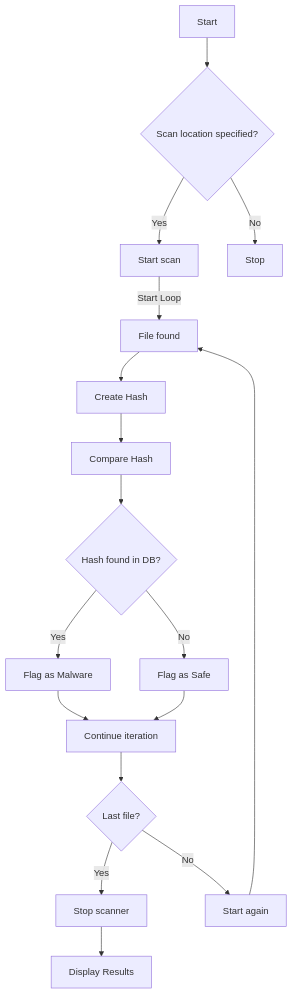
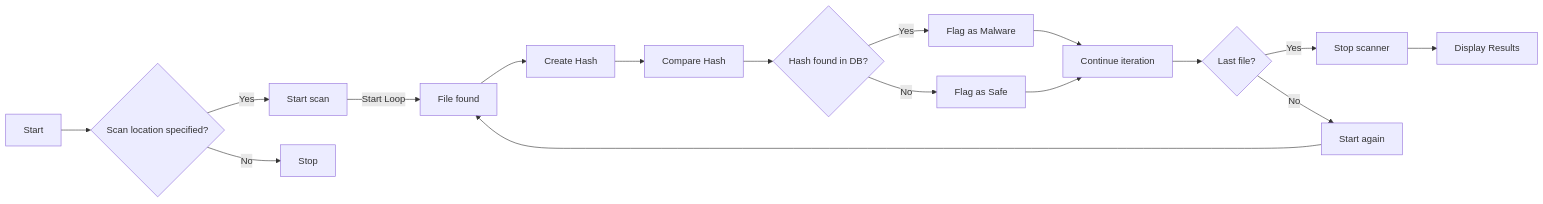
One commit to Raspirus/docs changed the first of 2 diagrams in docs/en/developers.md. Above: the diagram before and after it, drawn with Mermaid. The commit also changed other lines of this file and 2 other files, not shown here.

Commit message:
Adding graph and fix

````diff
--- a/docs/en/developers.md
+++ b/docs/en/developers.md
@@ -5,18 +5,18 @@
 ``` mermaid
-graph TB
+graph LR
      A[Start] --> B{Scan location specified?};
      B --> |Yes| C[Start scan];
      C --> |Start Loop| D[File found];
      D --> E[Create Hash];
      E --> F[Compare Hash];
      F --> G{Hash found in DB?};
      G --> |Yes| H[Flag as Malware];
      G --> |No| I[Flag as Safe];
      H & I --> J[Continue iteration];
      J --> K{Last file?};
      K --> |Yes| L[Stop scanner];
      L --> M[Display Results];
      K --> |No| N[Start again];
      N --> D;
      B --> |No| O[Stop]
 ```
````
